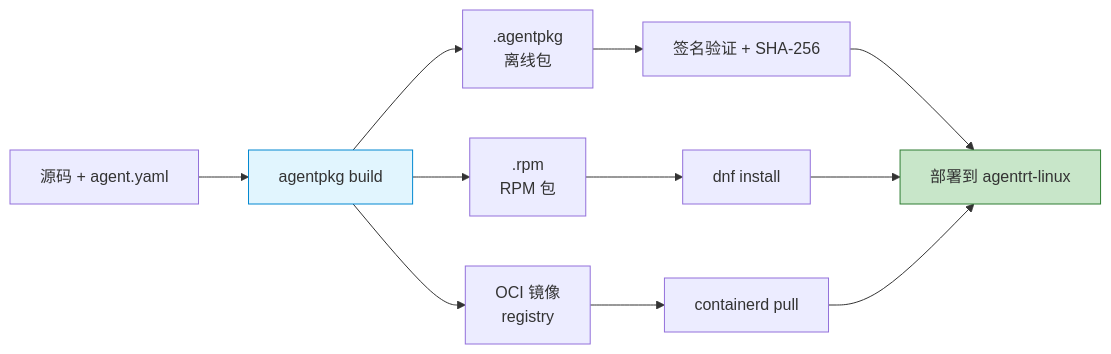
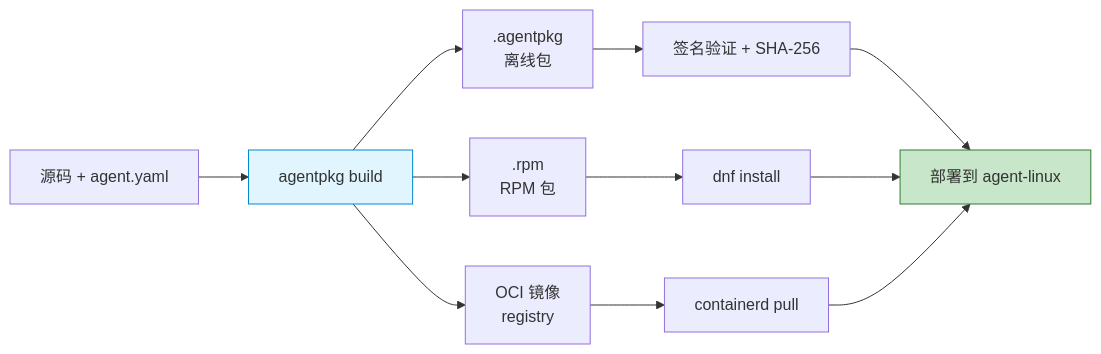
One commit to openairymax/docs-linux changed the first of 9 diagrams in 140-application-development/06-agent-deployment.md. Above: the diagram before and after it, drawn with Mermaid. The commit also changed other lines of this file and 172 other files, not shown here.

Commit message:
docs: rename agentrt-linux to agent-linux across docs v0.1.3 双工程结构：agentrt-linux 改名 agent-linux。docs 全仓 186 个 文件中的 agentrt-linux 引用统一为 agent-linux（AirymaxOS 工程名/ URL/路径引用；commit hash 与历史不变）。

````diff
--- a/140-application-development/06-agent-deployment.md
+++ b/140-application-development/06-agent-deployment.md
@@ -84,18 +84,18 @@
 ```mermaid
 graph LR
     SRC[源码 + agent.yaml] --> BUILDER[agentpkg build]
     BUILDER --> PKG[.agentpkg<br/>离线包]
     BUILDER --> RPM[.rpm<br/>RPM 包]
     BUILDER --> OCI[OCI 镜像<br/>registry]
 
     PKG --> VERIFY[签名验证 + SHA-256]
     RPM --> DNF[dnf install]
     OCI --> CTRD[containerd pull]
 
-    VERIFY --> DEPLOY[部署到 agentrt-linux]
+    VERIFY --> DEPLOY[部署到 agent-linux]
     DNF --> DEPLOY
     CTRD --> DEPLOY
 
     style BUILDER fill:#e1f5fe,stroke:#0288d1
     style DEPLOY fill:#c8e6c9,stroke:#2e7d32
 ```
````
